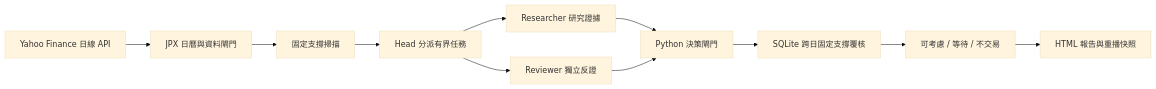
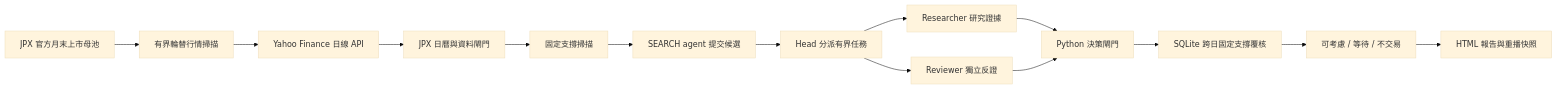
The diagram in README.md (konakona-0827/STOCKLLMVER2), drawn with Mermaid (base theme) before and after one commit. The commit also changed other lines of this file and 19 other files, not shown here.

Commit message:
Add dynamic JPX discovery and three-agent decision workflow

````diff
--- a/README.md
+++ b/README.md
@@ -5,13 +7,16 @@
 ```mermaid
 flowchart LR
-    Y[Yahoo Finance 日線 API] --> D[JPX 日曆與資料閘門]
+    U[JPX 官方月末上市母池] --> C[有界輪替行情掃描]
+    C --> Y[Yahoo Finance 日線 API]
+    Y --> D[JPX 日曆與資料閘門]
     D --> S[固定支撐掃描]
-    S --> H[Head 分派有界任務]
+    S --> Q[SEARCH agent 提交候選]
+    Q --> H[Head 分派有界任務]
     H --> A[Researcher 研究證據]
     H --> B[Reviewer 獨立反證]
     A --> G[Python 決策閘門]
     B --> G
     G --> L[SQLite 跨日固定支撐覆核]
     L --> R[可考慮 / 等待 / 不交易]
     R --> O[HTML 報告與重播快照]
 ```
````
